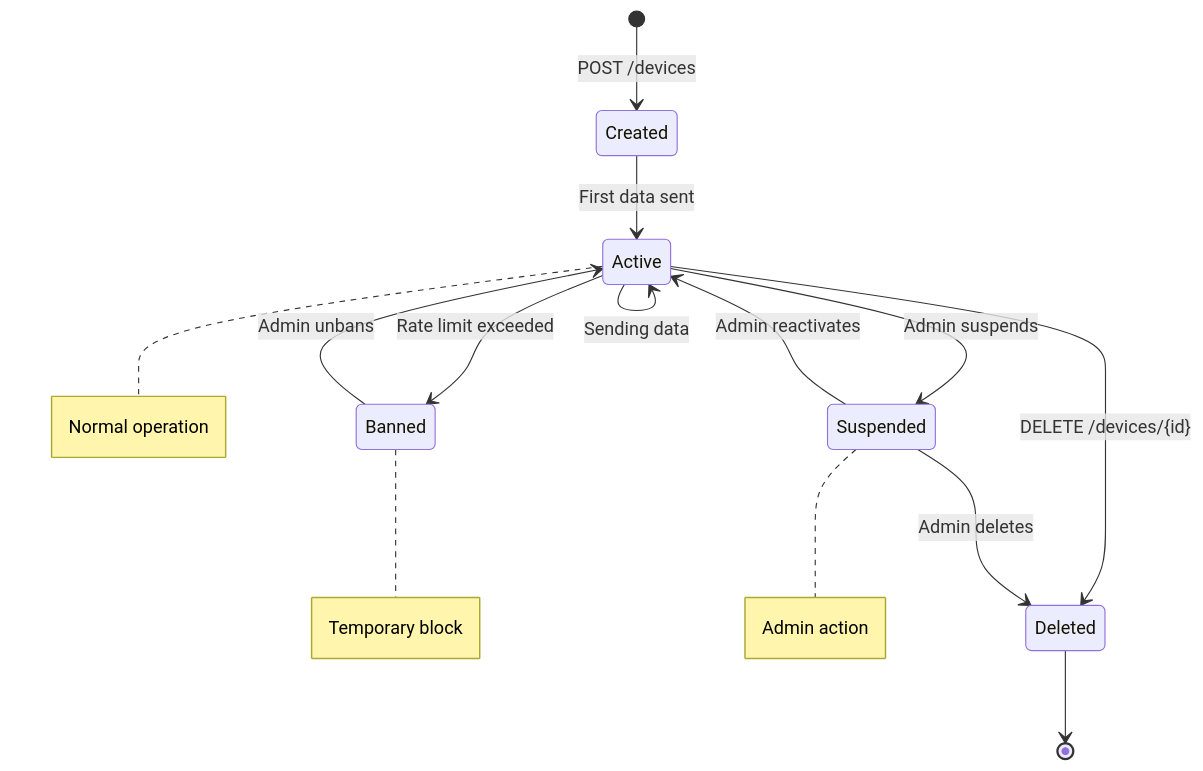
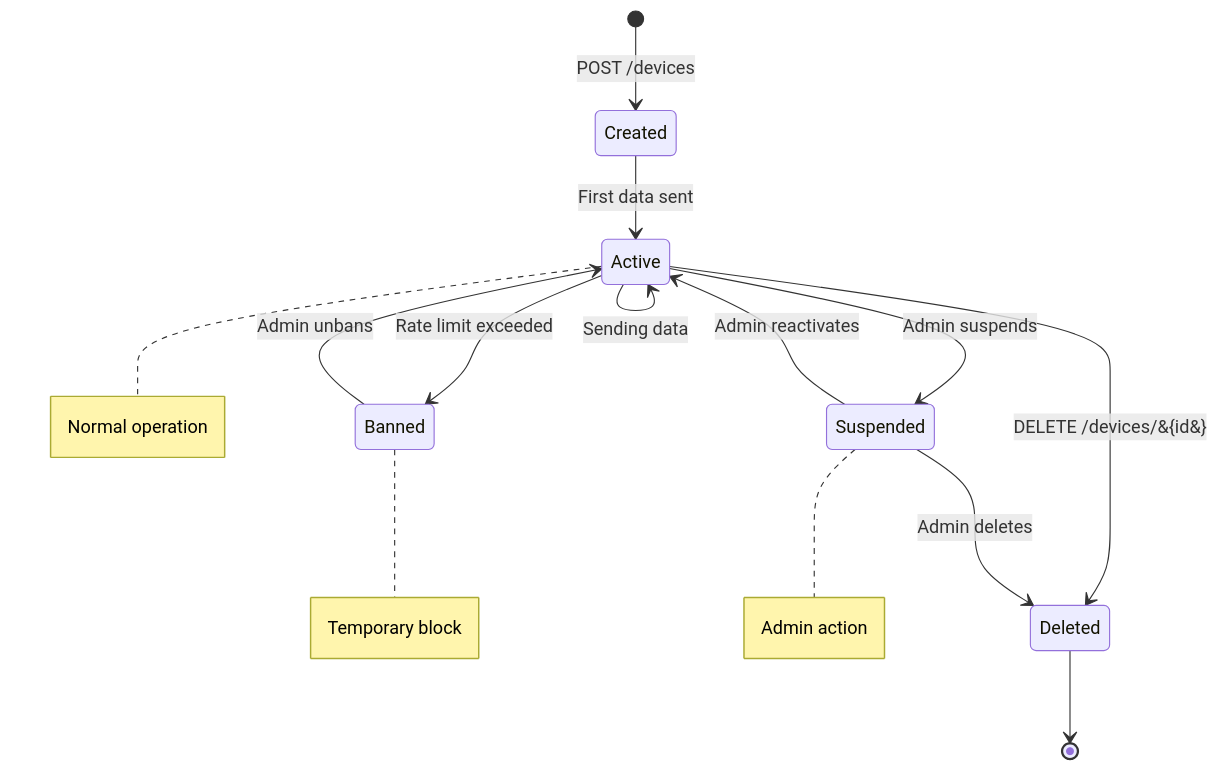
One commit to tevfik/datum-server changed diagram 11 of 14 in docs/diagrams/ARCHITECTURE.md. Above: the diagram before and after it, drawn with Mermaid. The commit also changed other lines of this file, not shown here.

Commit message:
fix(docs): escape curly braces in mermaid diagrams to avoid parse errors

````diff
--- a/docs/diagrams/ARCHITECTURE.md
+++ b/docs/diagrams/ARCHITECTURE.md
@@ -324,17 +324,17 @@
 ```mermaid
 stateDiagram-v2
     [*] --> Created: POST /devices
     Created --> Active: First data sent
     Active --> Active: Sending data
     Active --> Suspended: Admin suspends
     Active --> Banned: Rate limit exceeded
     Suspended --> Active: Admin reactivates
     Banned --> Active: Admin unbans
-    Active --> Deleted: DELETE /devices/{id}
+    Active --> Deleted: DELETE /devices/&#123;id&#125;
     Suspended --> Deleted: Admin deletes
     Deleted --> [*]
     
     note right of Active: Normal operation
     note right of Banned: Temporary block
     note right of Suspended: Admin action
 ```
````
